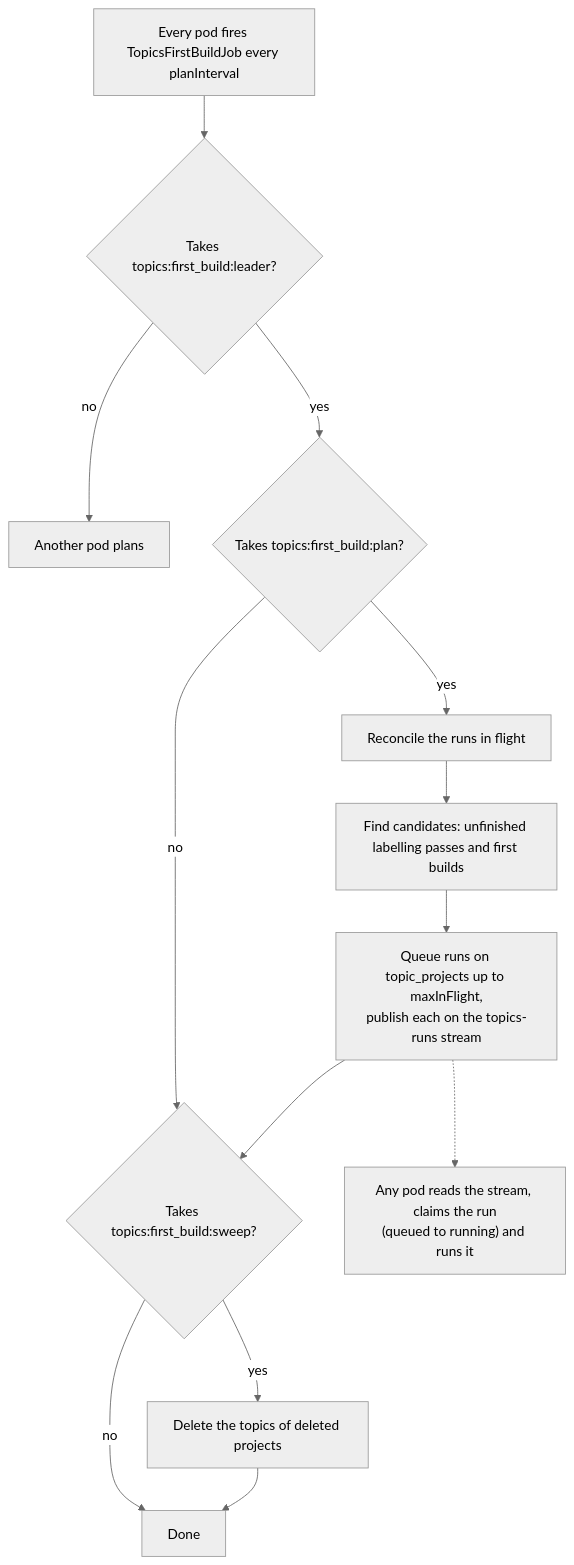
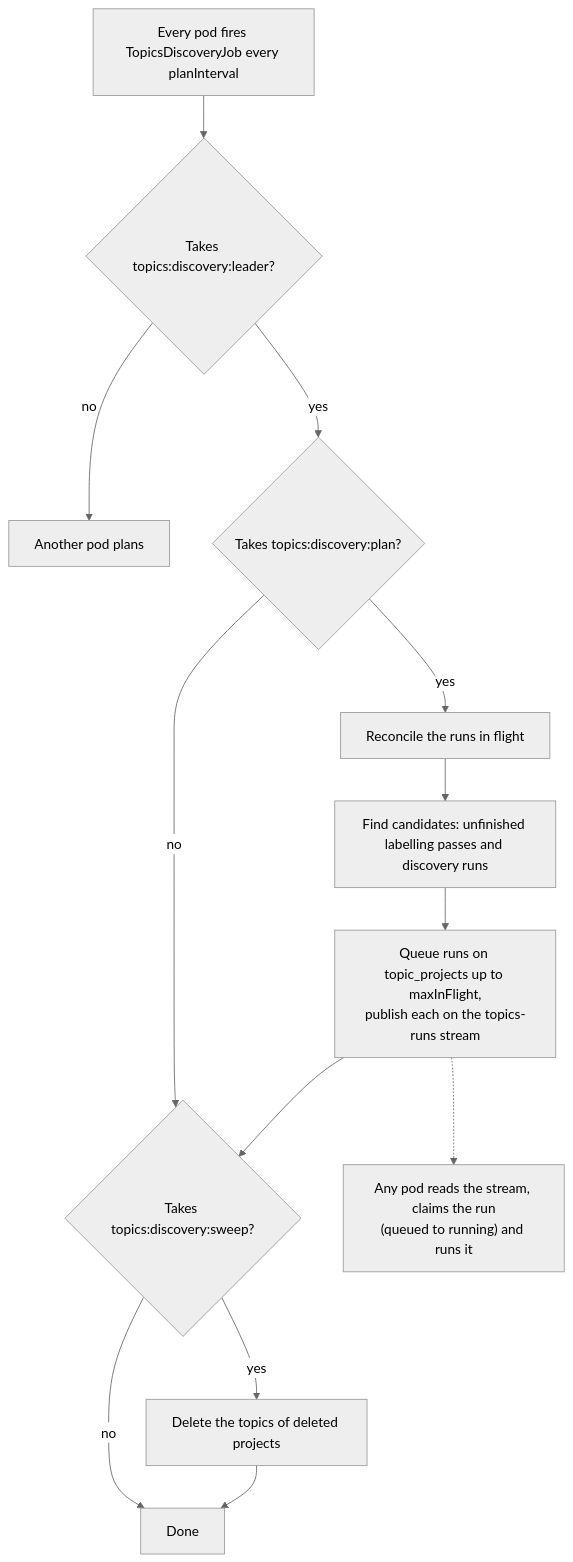
The diagram in apps/opik-backend/docs/ai-labels-runbook.md (comet-ml/opik), drawn with Mermaid (neutral theme) before and after one commit. The commit also changed other lines of this file and 17 other files, not shown here.

````diff
--- a/apps/opik-backend/docs/ai-labels-runbook.md
+++ b/apps/opik-backend/docs/ai-labels-runbook.md
@@ -316,15 +317,15 @@
 ```mermaid
 flowchart TD
-    A["Every pod fires TopicsFirstBuildJob every planInterval"] --> B{"Takes topics:first_build:leader?"}
+    A["Every pod fires TopicsDiscoveryJob every planInterval"] --> B{"Takes topics:discovery:leader?"}
     B -->|no| B1["Another pod plans"]
-    B -->|yes| P{"Takes topics:first_build:plan?"}
+    B -->|yes| P{"Takes topics:discovery:plan?"}
     P -->|no| S
     P -->|yes| R["Reconcile the runs in flight"]
-    R --> C["Find candidates: unfinished labelling passes and first builds"]
+    R --> C["Find candidates: unfinished labelling passes and discovery runs"]
     C --> Q["Queue runs on topic_projects up to maxInFlight,<br/>publish each on the topics-runs stream"]
-    Q --> S{"Takes topics:first_build:sweep?"}
+    Q --> S{"Takes topics:discovery:sweep?"}
     S -->|yes| D["Delete the topics of deleted projects"]
     S -->|no| E["Done"]
     D --> E
     Q -.-> X["Any pod reads the stream, claims the run<br/>(queued to running) and runs it"]
 ```
````
